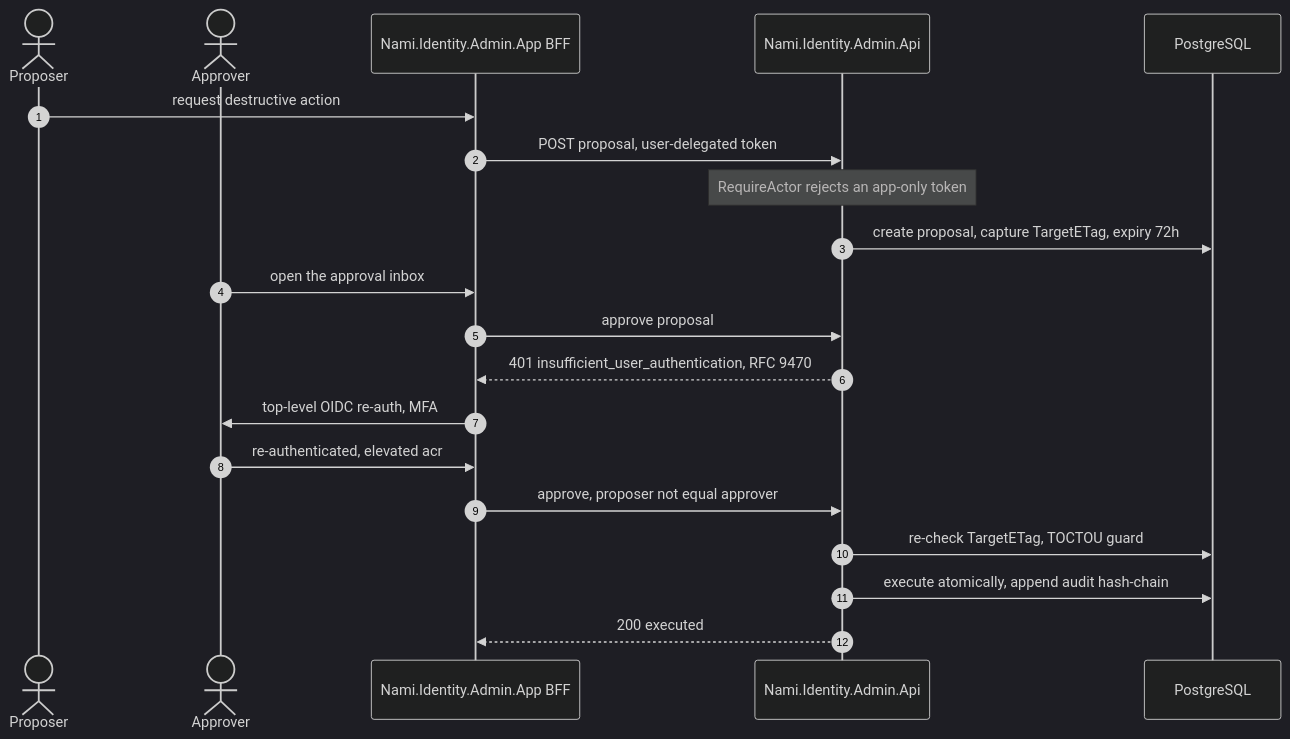
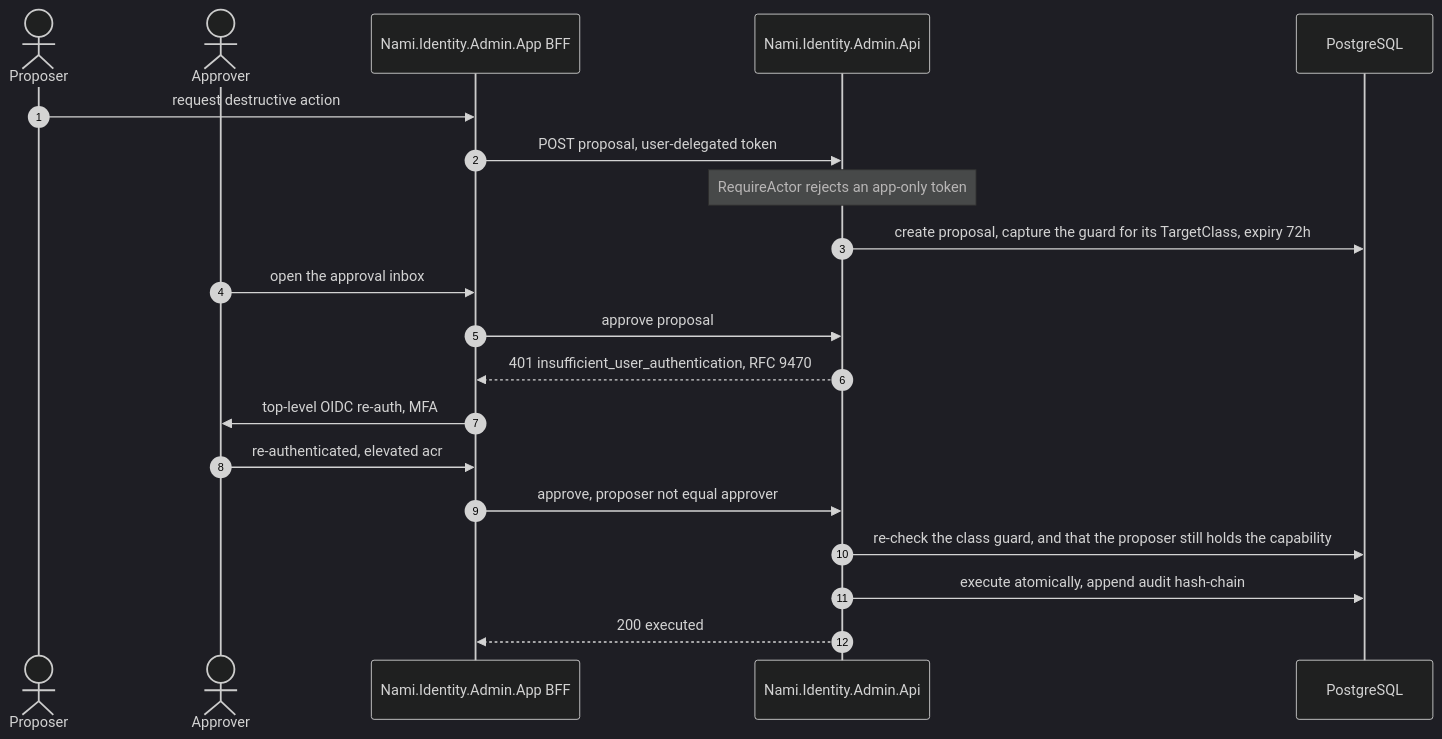
One commit to namphuongtran/nami changed the second of 16 diagrams in docs/architecture/09-runtime-flow-views.md. Above: the diagram before and after it, drawn with Mermaid (dark theme). The commit also changed other lines of this file and 7 other files, not shown here.

First line of the commit message:
docs: settle the admin surface by rule, and give the dual-control guard a target it can check

````diff
--- a/docs/architecture/09-runtime-flow-views.md
+++ b/docs/architecture/09-runtime-flow-views.md
@@ -87,22 +87,22 @@
 ```mermaid
 sequenceDiagram
   autonumber
   actor P as Proposer
   actor A as Approver
   participant APP as Nami.Identity.Admin.App BFF
   participant API as Nami.Identity.Admin.Api
   participant DB as PostgreSQL
   P->>APP: request destructive action
   APP->>API: POST proposal, user-delegated token
   Note over API: RequireActor rejects an app-only token
-  API->>DB: create proposal, capture TargetETag, expiry 72h
+  API->>DB: create proposal, capture the guard for its TargetClass, expiry 72h
   A->>APP: open the approval inbox
   APP->>API: approve proposal
   API-->>APP: 401 insufficient_user_authentication, RFC 9470
   APP->>A: top-level OIDC re-auth, MFA
   A->>APP: re-authenticated, elevated acr
   APP->>API: approve, proposer not equal approver
-  API->>DB: re-check TargetETag, TOCTOU guard
+  API->>DB: re-check the class guard, and that the proposer still holds the capability
   API->>DB: execute atomically, append audit hash-chain
   API-->>APP: 200 executed
 ```
````
